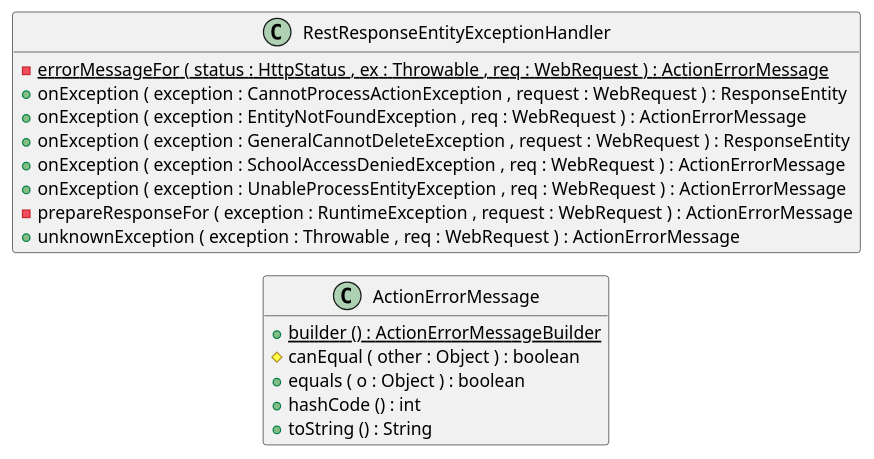
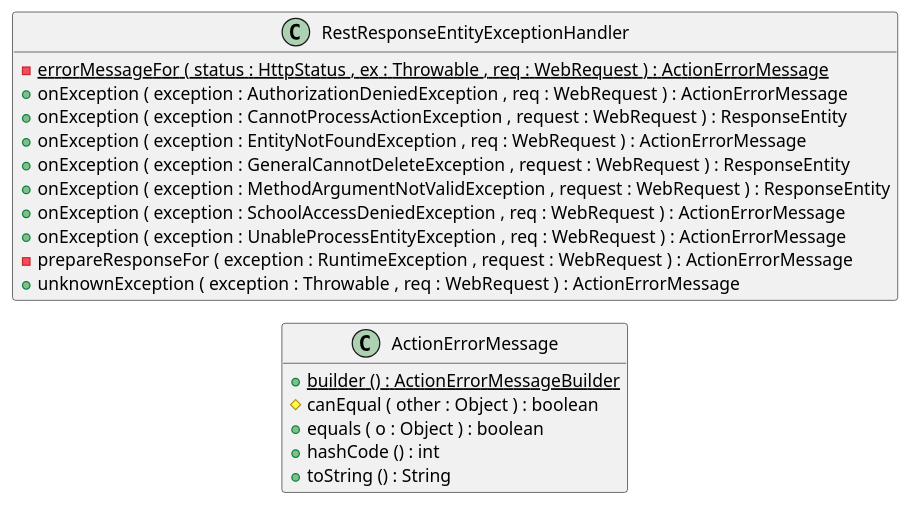
The diagram in ingress/documentation/puml/class-diagrams/ErrorHandling.puml (OlegSopilnyak/school-demo), drawn with PlantUML before and after one commit. The commit also changed 21 other files, not shown here.

```diff
--- a/ingress/documentation/puml/class-diagrams/ErrorHandling.puml
+++ b/ingress/documentation/puml/class-diagrams/ErrorHandling.puml
@@ -3,37 +3,39 @@
 @startuml
 !pragma layout smetana
 
 left to right direction
 
 
 class ActionErrorMessage {
 	{field} +errorCode : int
 	{field} +errorMessage : String
 	{field} +errorUrl : String
 	{method}  {static} +builder () : ActionErrorMessageBuilder
 	{method} #canEqual ( other : Object ) : boolean
 	{method} +equals ( o : Object ) : boolean
 	{method} +hashCode () : int
 	{method} +toString () : String
 }
 
 
 class RestResponseEntityExceptionHandler {
 	{field} {static} -log : Logger
 	{method}  {static} -errorMessageFor ( status : HttpStatus , ex : Throwable , req : WebRequest ) : ActionErrorMessage
+	{method} +onException ( exception : AuthorizationDeniedException , req : WebRequest ) : ActionErrorMessage
 	{method} +onException ( exception : CannotProcessActionException , request : WebRequest ) : ResponseEntity
 	{method} +onException ( exception : EntityNotFoundException , req : WebRequest ) : ActionErrorMessage
 	{method} +onException ( exception : GeneralCannotDeleteException , request : WebRequest ) : ResponseEntity
+	{method} +onException ( exception : MethodArgumentNotValidException , request : WebRequest ) : ResponseEntity
 	{method} +onException ( exception : SchoolAccessDeniedException , req : WebRequest ) : ActionErrorMessage
 	{method} +onException ( exception : UnableProcessEntityException , req : WebRequest ) : ActionErrorMessage
 	{method} -prepareResponseFor ( exception : RuntimeException , request : WebRequest ) : ActionErrorMessage
 	{method} +unknownException ( exception : Throwable , req : WebRequest ) : ActionErrorMessage
 }
 
 
 
 
 
 hide fields
 
 @enduml
```
